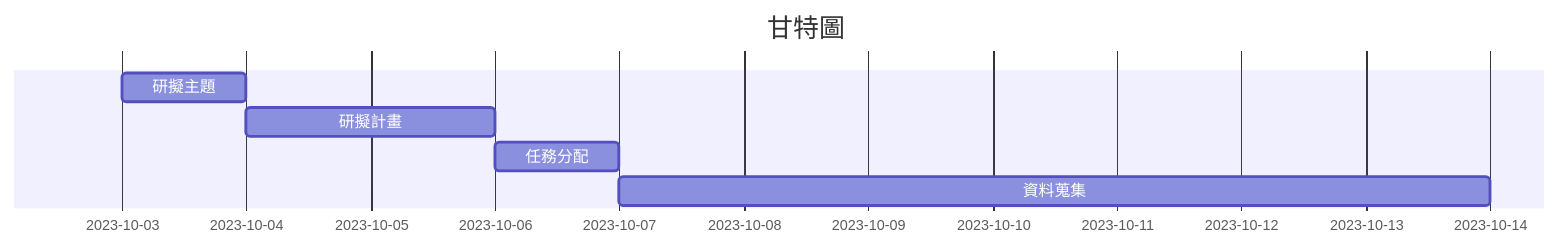
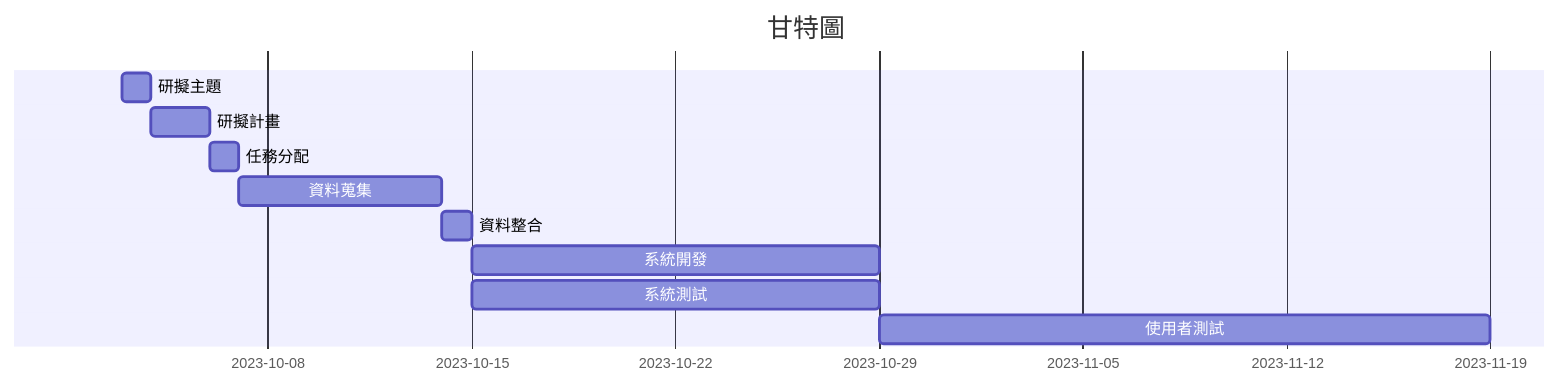
Before and after one commit to C110134148/T15nT1: the diagram in README.md, drawn with Mermaid.

````diff
--- a/README.md
+++ b/README.md
@@ -17,9 +17,12 @@
 ```mermaid
     gantt
         title 甘特圖
-        研擬主題 : a1, 2023-10-3 ,1d
-        研擬計畫 : a2, after a1 , 2d
-        任務分配 : a3, after a2 , 1d
-        資料蒐集 : a4, after a3 , 7d
-        
+        研擬主題     : a1, 2023-10-3 ,1d
+        研擬計畫     : a2, after a1 , 2d
+        任務分配     : a3, after a2 , 1d
+        資料蒐集     : a4, after a3 , 7d
+        資料整合     : a5, after a4 , 1d
+        系統開發     : a6, after a5 , 14d
+        系統測試     : a7 ,after a5 , 14d
+        使用者測試   : a8, after a7 ,21d 
 ```
````
